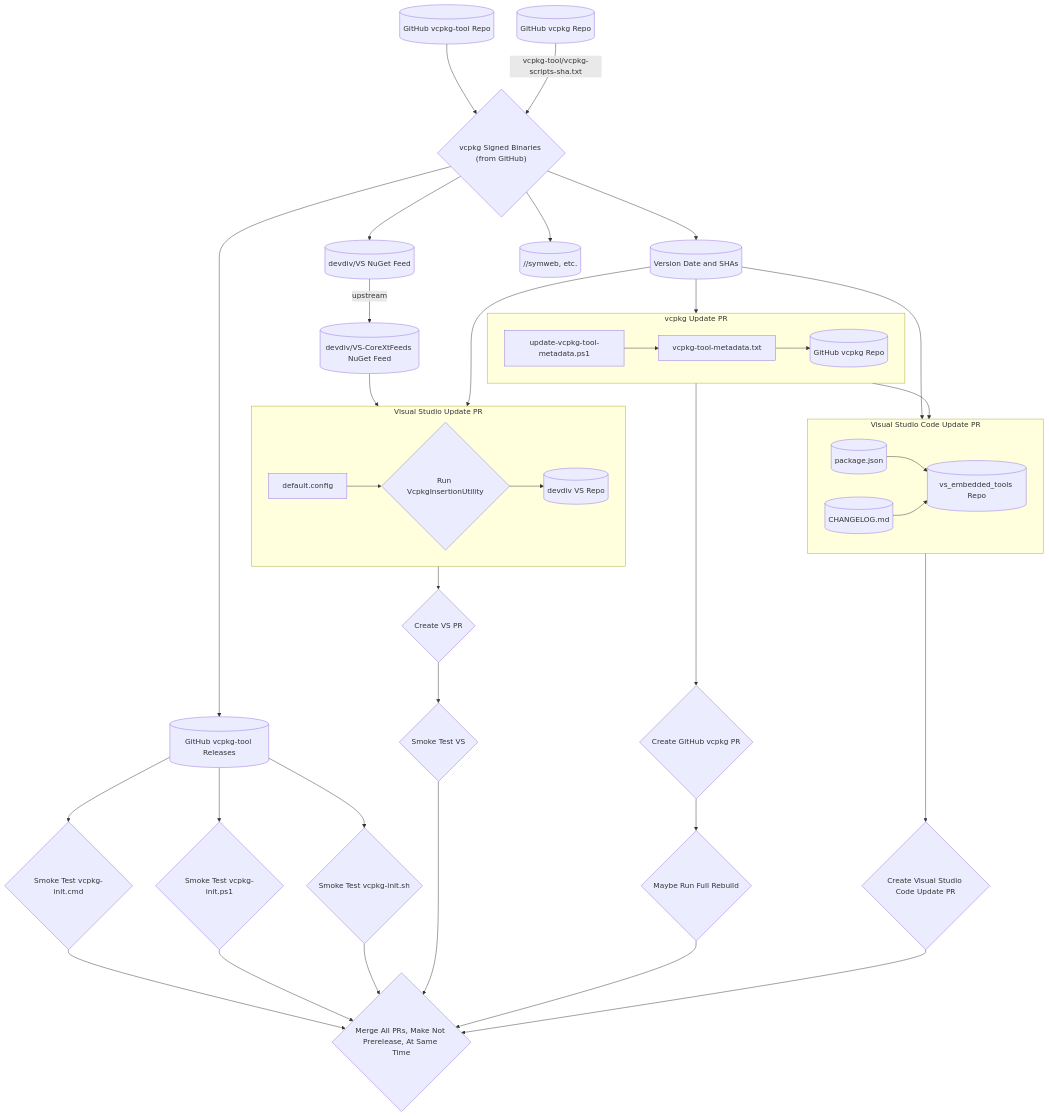
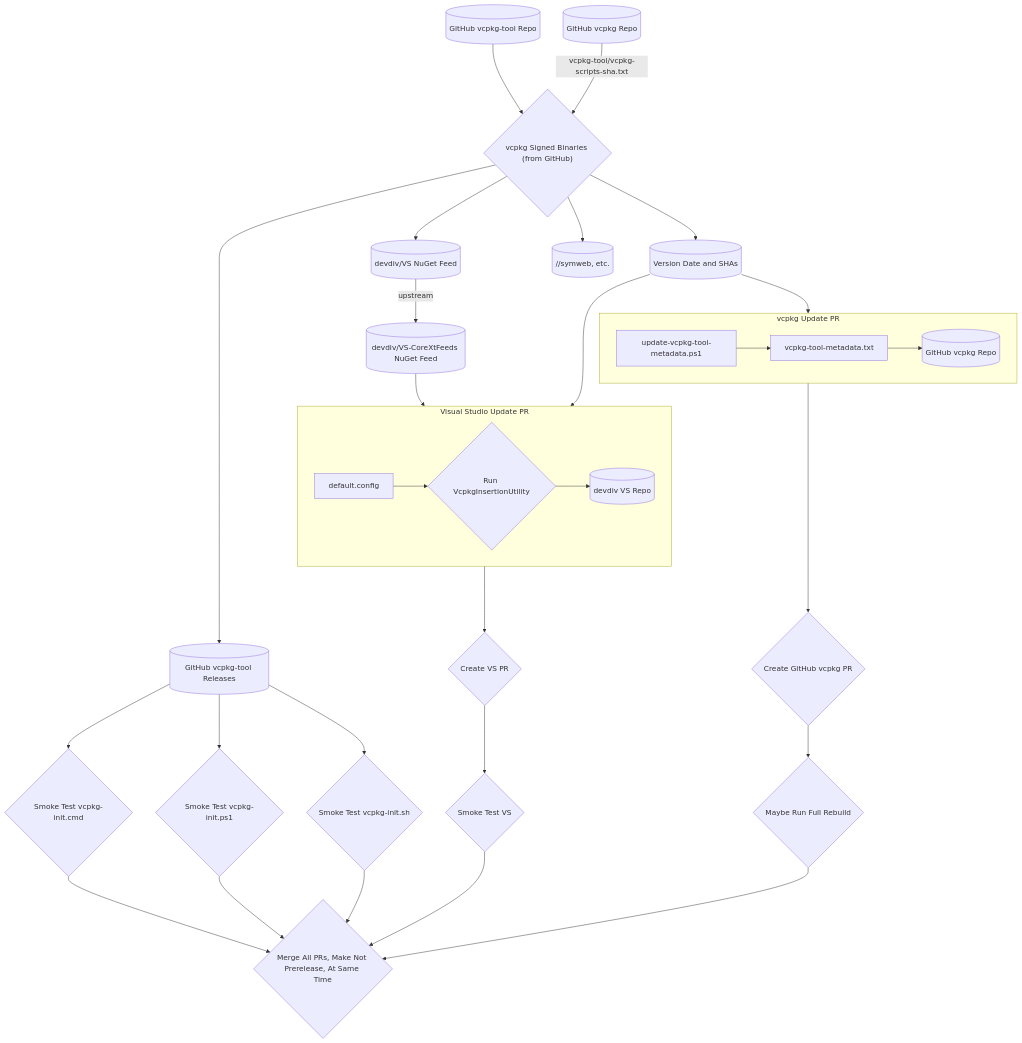
The diagram in docs/vcpkg_tool_release_process.md (microsoft/vcpkg-tool), drawn with Mermaid before and after one commit. The commit also changed other lines of this file and 1 other file, not shown here.

Commit message:
Update release processes. (#1551)

````diff
--- a/docs/vcpkg_tool_release_process.md
+++ b/docs/vcpkg_tool_release_process.md
@@ -65,82 +59,67 @@
 ```mermaid
 flowchart TD
     vcpkg_repo[(GitHub vcpkg Repo)]
     vcpkg_tool_repo[(GitHub vcpkg-tool Repo)]
     vcpkg_tool_releases[(GitHub vcpkg-tool Releases)]
     vcpkg_signed_binaries{"vcpkg Signed Binaries (from GitHub)"}
     vs_nuget_feed[(devdiv/VS NuGet Feed)]
     vs_corext_feed[(devdiv/VS-CoreXtFeeds NuGet Feed)]
     subgraph vcpkg_update_pr [vcpkg Update PR]
         direction LR
         update_vcpkg_tool_metadata_ps1[update-vcpkg-tool-metadata.ps1]
         vcpkg_tool_metadata_txt[vcpkg-tool-metadata.txt]
         vcpkg_repo_target[(GitHub vcpkg Repo)]
     end
     create_vcpkg_pr{Create GitHub vcpkg PR}
     run_full_tree_rebuild{Maybe Run Full Rebuild}
     release_version[(Version Date and SHAs)]
     subgraph vs_update_pr [Visual Studio Update PR]
         direction LR
         vs_repo[(devdiv VS Repo)]
         default_config[default.config]
         run_insertion{Run VcpkgInsertionUtility}
     end
     create_vs_pr{Create VS PR}
     smoke_test_vs{Smoke Test VS}
     merge{Merge All PRs, Make Not Prerelease, At Same Time}
     smoke_test_cmd{Smoke Test vcpkg-init.cmd}
     smoke_test_ps1{Smoke Test vcpkg-init.ps1}
     smoke_test_bash{Smoke Test vcpkg-init.sh}
-    subgraph vs_code_update_pr [Visual Studio Code Update PR]
-        direction LR
-        package_json[(package.json)]
-        changelog_md[(CHANGELOG.md)]
-        vs_embedded_tools_repo[(vs_embedded_tools Repo)]
-    end
-    create_vs_code_update_pr{Create Visual Studio Code Update PR}
     symweb[(//symweb, etc.)]
     
     %% Build the Release
     vcpkg_tool_repo --> vcpkg_signed_binaries
     vcpkg_repo -- vcpkg-tool/vcpkg-scripts-sha.txt --> vcpkg_signed_binaries
     vcpkg_signed_binaries --> vcpkg_tool_releases
     vcpkg_signed_binaries --> release_version
     vcpkg_signed_binaries --> symweb
     
     %% vcpkg Update
     release_version --> update_vcpkg_tool_metadata_ps1
     update_vcpkg_tool_metadata_ps1 --> vcpkg_tool_metadata_txt
     vcpkg_tool_metadata_txt --> vcpkg_repo_target
     vcpkg_update_pr ----> create_vcpkg_pr
     create_vcpkg_pr --> run_full_tree_rebuild
     
     %% VS Update
     vcpkg_signed_binaries --> vs_nuget_feed
     vs_nuget_feed -- upstream --> vs_corext_feed
     vs_corext_feed --> default_config
     release_version --> default_config
     default_config --> run_insertion
     run_insertion --> vs_repo
     vs_update_pr --> create_vs_pr
     
-    %% VS Code Update
-    update_vcpkg_tool_metadata_ps1 --> package_json
-    release_version --> changelog_md
-    package_json --> vs_embedded_tools_repo
-    changelog_md --> vs_embedded_tools_repo
-    vs_code_update_pr --> create_vs_code_update_pr
-    
     %% Smoke Testing
     create_vs_pr --> smoke_test_vs
     vcpkg_tool_releases --> smoke_test_cmd
     vcpkg_tool_releases --> smoke_test_ps1
     vcpkg_tool_releases --> smoke_test_bash
     
     %% Go go go!
     smoke_test_cmd --> merge
     smoke_test_ps1 --> merge
     smoke_test_bash --> merge
     smoke_test_vs --> merge
     run_full_tree_rebuild --> merge
-    create_vs_code_update_pr --> merge
 ```
````
